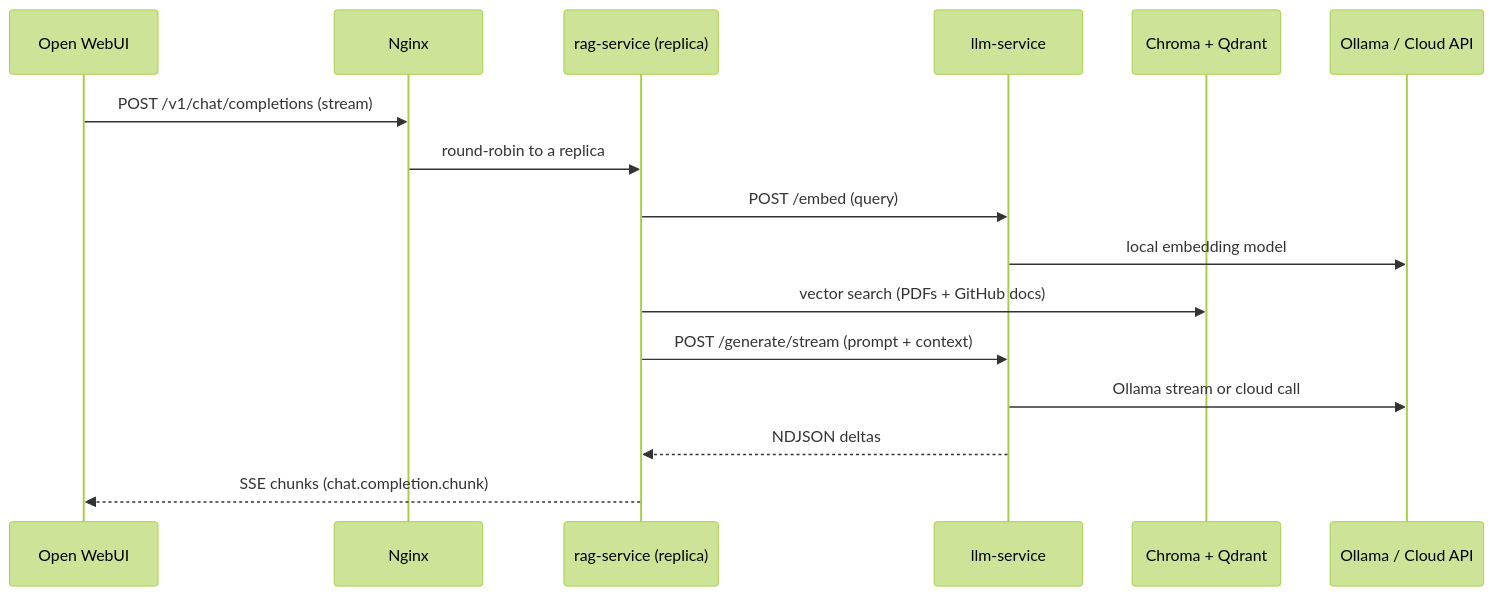
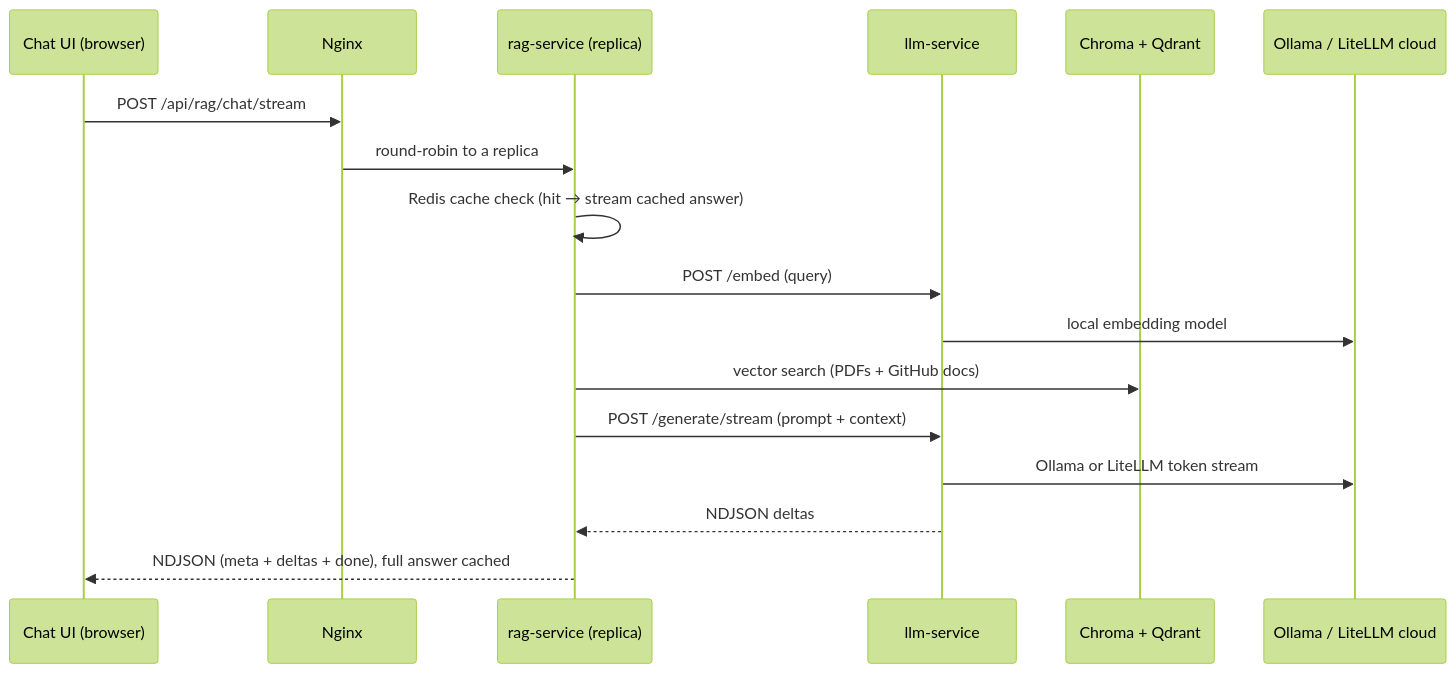
One commit to sameeralam3127/llm-dev-kit changed the second of 3 diagrams in ARCHITECTURE.md. Above: the diagram before and after it, drawn with Mermaid (forest theme). The commit also changed other lines of this file and 19 other files, not shown here.

First line of the commit message:
feat: enhance LLM Dev Kit with LiteLLM support and new UI

````diff
--- a/ARCHITECTURE.md
+++ b/ARCHITECTURE.md
@@ -150,19 +145,20 @@
 ```mermaid
 sequenceDiagram
-    participant U as Open WebUI
+    participant U as Chat UI (browser)
     participant N as Nginx
     participant R as rag-service (replica)
     participant L as llm-service
     participant V as Chroma + Qdrant
-    participant M as Ollama / Cloud API
+    participant M as Ollama / LiteLLM cloud
 
-    U->>N: POST /v1/chat/completions (stream)
+    U->>N: POST /api/rag/chat/stream
     N->>R: round-robin to a replica
+    R->>R: Redis cache check (hit → stream cached answer)
     R->>L: POST /embed (query)
     L->>M: local embedding model
     R->>V: vector search (PDFs + GitHub docs)
     R->>L: POST /generate/stream (prompt + context)
-    L->>M: Ollama stream or cloud call
+    L->>M: Ollama or LiteLLM token stream
     L-->>R: NDJSON deltas
-    R-->>U: SSE chunks (chat.completion.chunk)
+    R-->>U: NDJSON (meta + deltas + done), full answer cached
 ```
````
